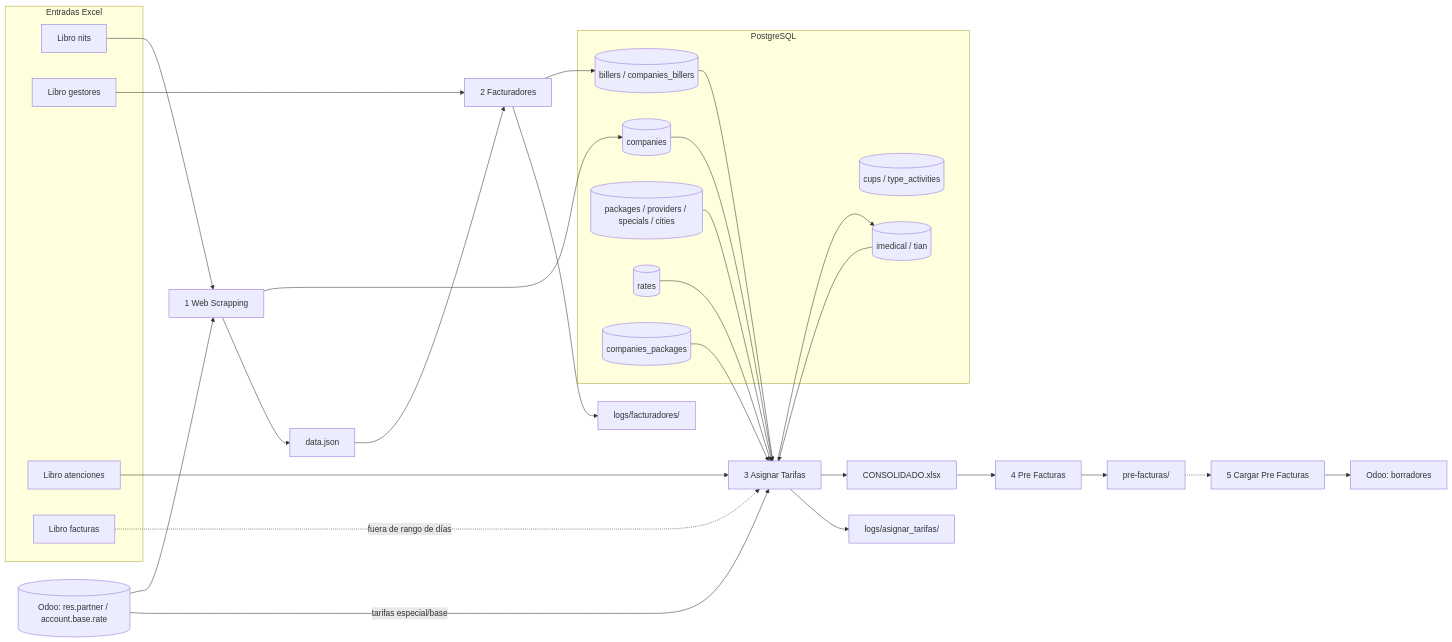
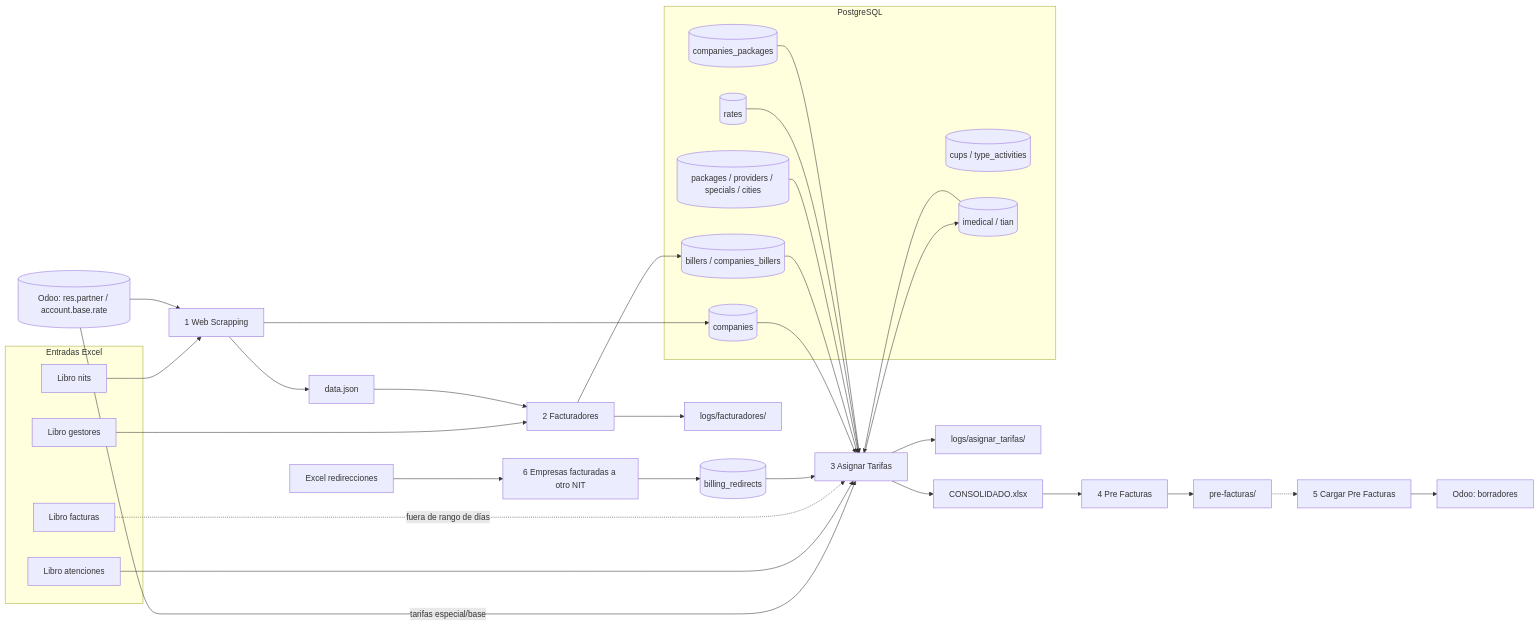
Before and after one commit to santo2409/Facturacion: diagram 11 of 12 in docs/c4-diagrams.md, drawn with Mermaid. The commit also changed other lines of this file and 13 other files, not shown here.

First line of the commit message:
feat(company): opción 6 — carga de empresas facturadas a otro NIT desde Excel

````diff
--- a/docs/c4-diagrams.md
+++ b/docs/c4-diagrams.md
@@ -484,37 +484,39 @@
 ```mermaid
 flowchart LR
     subgraph IN[Entradas Excel]
         X1[Libro nits]
         X2[Libro gestores]
         X6[Libro atenciones]
         X6b[Libro facturas]
     end
 
     subgraph BD[PostgreSQL]
         T1[(companies)]
         T2[(billers / companies_billers)]
         T3[(packages / providers / specials / cities)]
         T4[(rates)]
         T5[(companies_packages)]
         T6[(cups / type_activities)]
         T7[(imedical / tian)]
     end
 
     ODOO[(Odoo: res.partner / account.base.rate)]
 
     X1 --> O1[1 Web Scrapping] --> T1
     ODOO --> O1
     ODOO -->|tarifas especial/base| O6
     O1 --> J[data.json]
     X2 --> O2[2 Facturadores] --> T2
     J --> O2
     X6 --> O6[3 Asignar Tarifas]
     X6b -.->|fuera de rango de días| O6
     T1 & T2 & T3 & T4 & T5 & T7 --> O6
     O6 --> CONS[CONSOLIDADO.xlsx]
     O6 --> T7
     CONS --> O7[4 Pre Facturas] --> PF[pre-facturas/]
     PF -.-> O8[5 Cargar Pre Facturas] --> ODOOW[Odoo: borradores]
+    X10[Excel redirecciones] --> O10[6 Empresas facturadas a otro NIT] --> BR[(billing_redirects)]
+    BR --> O6
     O2 --> F2["logs/facturadores/"]
     O6 --> F6["logs/asignar_tarifas/"]
 ```
````
